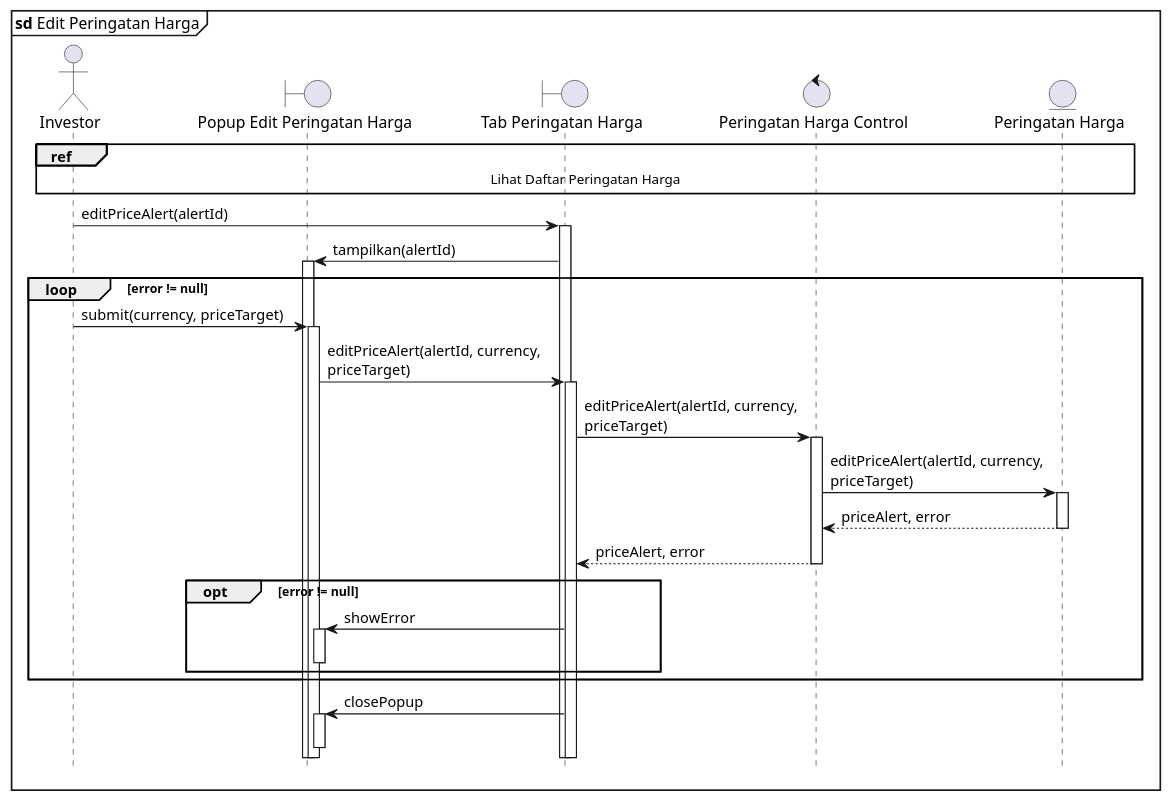
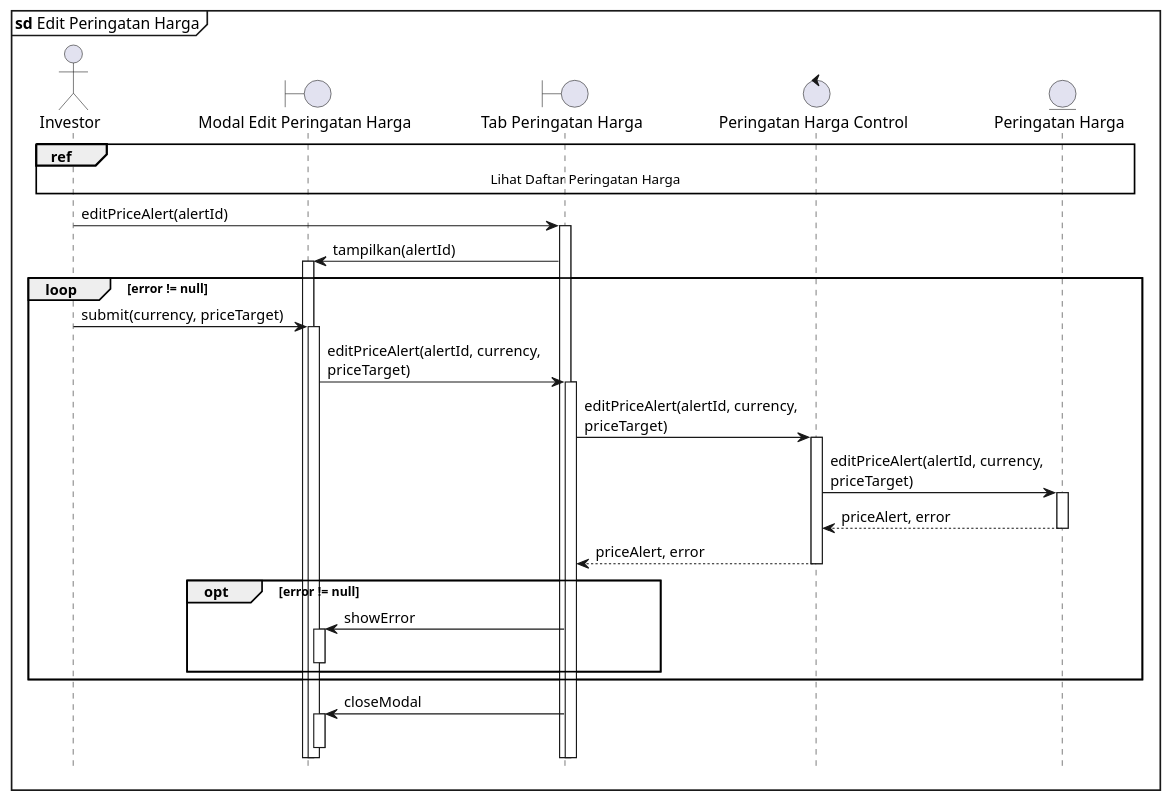
The diagram in sequence/edit-peringatan-harga.puml (clarestarahma/manajemen-investasi), drawn with PlantUML before and after one commit. The commit also changed 7 other files, not shown here.

Commit message:
bukan popup tapi modal

```diff
--- a/sequence/edit-peringatan-harga.puml
+++ b/sequence/edit-peringatan-harga.puml
@@ -1,37 +1,37 @@
 @startuml Sequence
 
 skinparam maxMessageSize 250
 
 hide footbox
 autoactivate on
 
 mainframe **sd** Edit Peringatan Harga
 
 actor Investor as I
-boundary "Popup Edit Peringatan Harga" as PEPH
+boundary "Modal Edit Peringatan Harga" as PEPH
 boundary "Tab Peringatan Harga" as TPH
 control "Peringatan Harga Control" as PHC
 entity "Peringatan Harga" as PH
 
 ref over I, PH : Lihat Daftar Peringatan Harga
 
 I -> TPH : editPriceAlert(alertId)
 TPH -> PEPH : tampilkan(alertId)
 
 loop error != null
   I -> PEPH : submit(currency, priceTarget)
   PEPH -> TPH : editPriceAlert(alertId, currency, priceTarget)
   TPH -> PHC : editPriceAlert(alertId, currency, priceTarget)
   PHC -> PH : editPriceAlert(alertId, currency, priceTarget)
   PH --> PHC : priceAlert, error
   PHC --> TPH : priceAlert, error
 
   opt error != null
     TPH -> PEPH : showError
     deactivate PEPH
   end
 end
 
-TPH -> PEPH : closePopup
+TPH -> PEPH : closeModal
 deactivate PEPH
 @enduml
```
